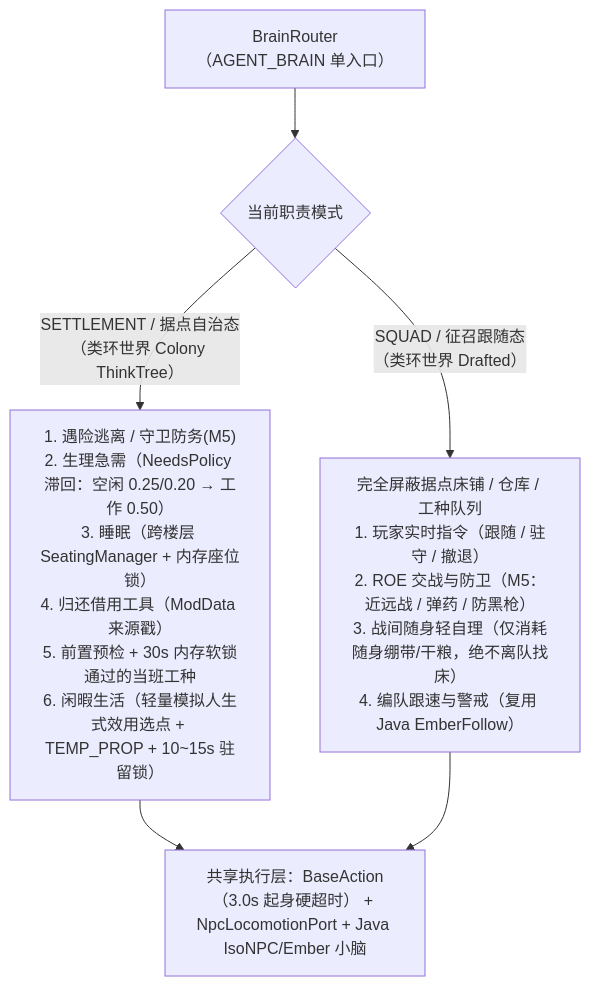
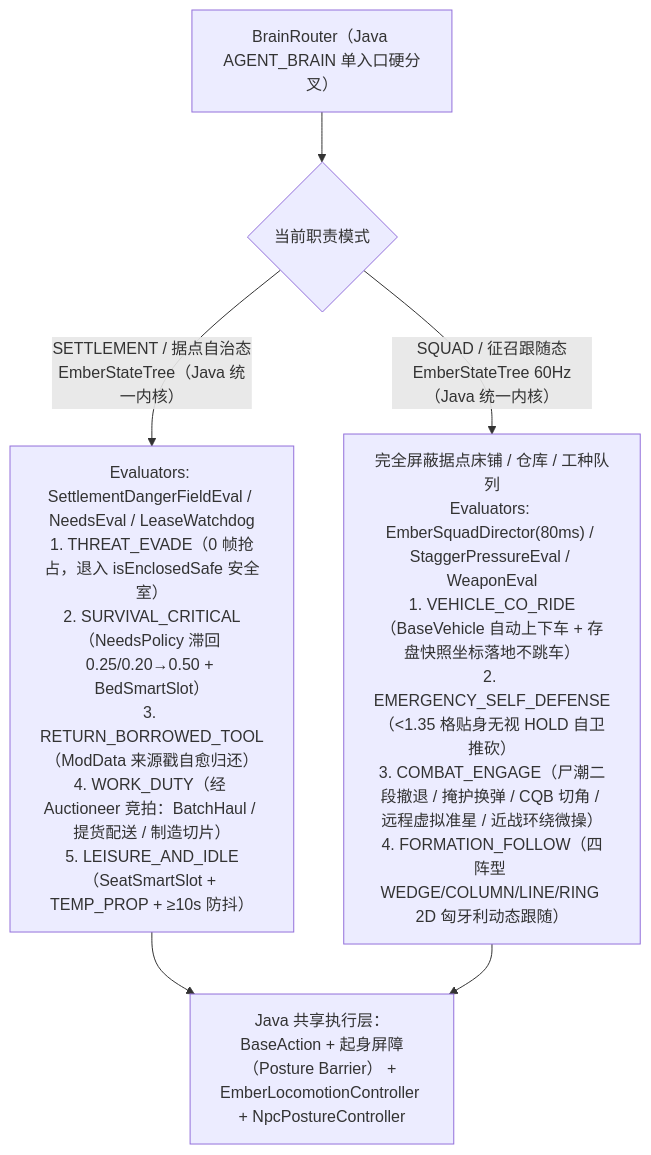
Before and after one commit to lurmou/ProjectZombie-EmberRoutesV2: the second of 2 diagrams in docs/ARCHITECTURE.md, drawn with Mermaid. The commit also changed other lines of this file and 27 other files, not shown here.

````diff
--- a/docs/ARCHITECTURE.md
+++ b/docs/ARCHITECTURE.md
@@ -187,8 +191,8 @@
 ```mermaid
 flowchart TD
-    Root["BrainRouter（AGENT_BRAIN 单入口）"] --> Mode{"当前职责模式"}
-    Mode -- "SETTLEMENT / 据点自治态<br/>（类环世界 Colony ThinkTree）" --> CB["1. 遇险逃离 / 守卫防务(M5)<br/>2. 生理急需（NeedsPolicy 滞回：空闲 0.25/0.20 → 工作 0.50）<br/>3. 睡眠（跨楼层 SeatingManager + 内存座位锁）<br/>4. 归还借用工具（ModData 来源戳）<br/>5. 前置预检 + 30s 内存软锁通过的当班工种<br/>6. 闲暇生活（轻量模拟人生式效用选点 + TEMP_PROP + 10~15s 驻留锁）"]
-    Mode -- "SQUAD / 征召跟随态<br/>（类环世界 Drafted）" --> SB["完全屏蔽据点床铺 / 仓库 / 工种队列<br/>1. 玩家实时指令（跟随 / 驻守 / 撤退）<br/>2. ROE 交战与防卫（M5：近远战 / 弹药 / 防黑枪）<br/>3. 战间随身轻自理（仅消耗随身绷带/干粮，绝不离队找床）<br/>4. 编队跟速与警戒（复用 Java EmberFollow）"]
-    CB --> Exec["共享执行层：BaseAction（3.0s 起身硬超时） + NpcLocomotionPort + Java IsoNPC/Ember 小脑"]
+    Root["BrainRouter（Java AGENT_BRAIN 单入口硬分叉）"] --> Mode{"当前职责模式"}
+    Mode -- "SETTLEMENT / 据点自治态<br/>EmberStateTree（Java 统一内核）" --> CB["Evaluators: SettlementDangerFieldEval / NeedsEval / LeaseWatchdog<br/>1. THREAT_EVADE（0 帧抢占，退入 isEnclosedSafe 安全室）<br/>2. SURVIVAL_CRITICAL（NeedsPolicy 滞回 0.25/0.20→0.50 + BedSmartSlot）<br/>3. RETURN_BORROWED_TOOL（ModData 来源戳自愈归还）<br/>4. WORK_DUTY（经 Auctioneer 竞拍：BatchHaul / 提货配送 / 制造切片）<br/>5. LEISURE_AND_IDLE（SeatSmartSlot + TEMP_PROP + ≥10s 防抖）"]
+    Mode -- "SQUAD / 征召跟随态<br/>EmberStateTree 60Hz（Java 统一内核）" --> SB["完全屏蔽据点床铺 / 仓库 / 工种队列<br/>Evaluators: EmberSquadDirector(80ms) / StaggerPressureEval / WeaponEval<br/>1. VEHICLE_CO_RIDE（BaseVehicle 自动上下车 + 存盘快照坐标落地不跳车）<br/>2. EMERGENCY_SELF_DEFENSE（<1.35 格贴身无视 HOLD 自卫推砍）<br/>3. COMBAT_ENGAGE（尸潮二段撤退 / 掩护换弹 / CQB 切角 / 远程虚拟准星 / 近战环绕微操）<br/>4. FORMATION_FOLLOW（四阵型 WEDGE/COLUMN/LINE/RING 2D 匈牙利动态跟随）"]
+    CB --> Exec["Java 共享执行层：BaseAction + 起身屏障（Posture Barrier） + EmberLocomotionController + NpcPostureController"]
     SB --> Exec
 ```
````
